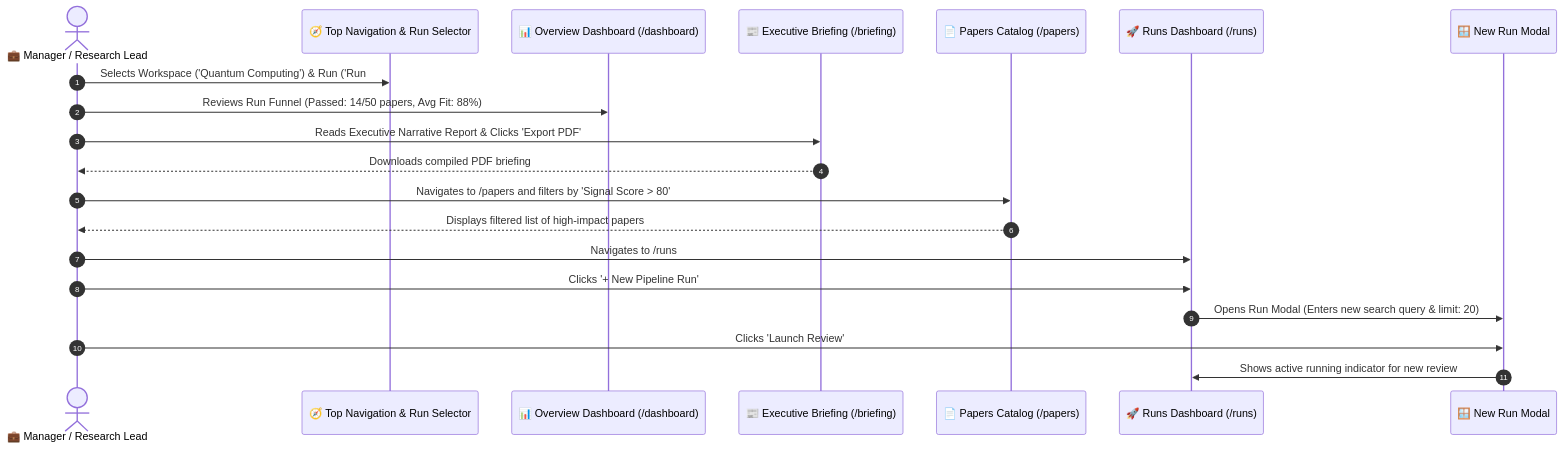
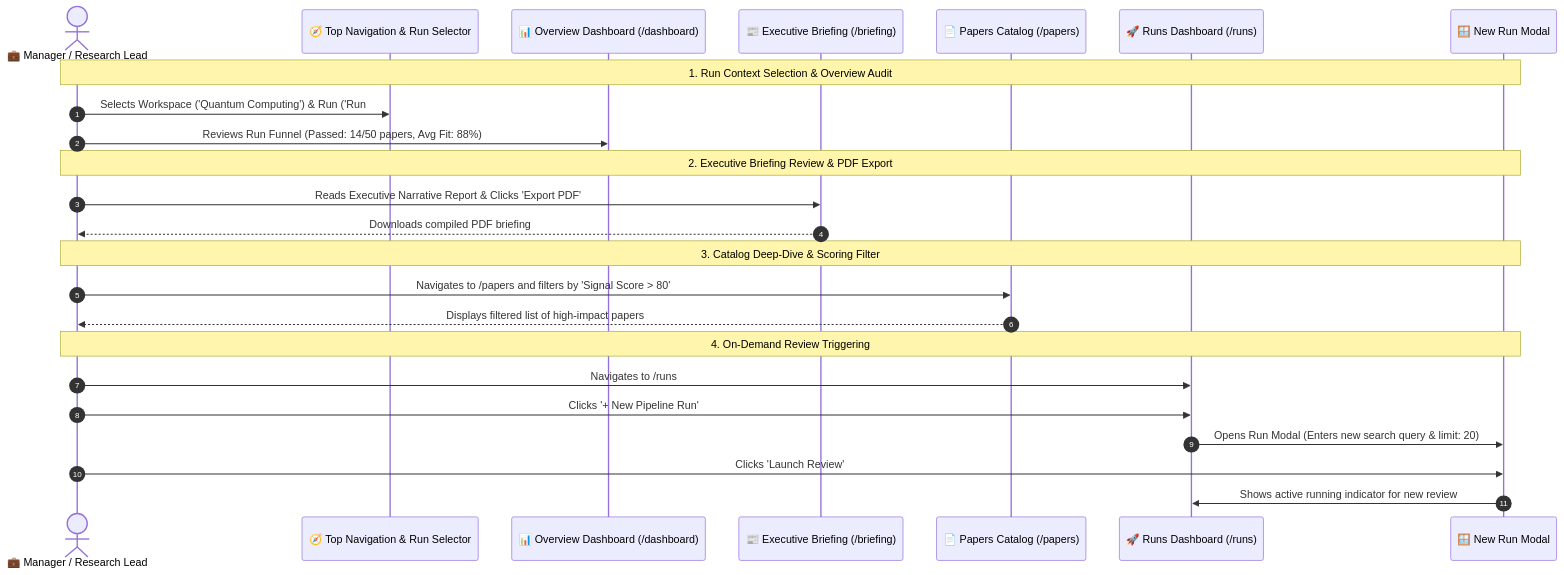
One commit to p4ku/research-intelligence changed the second of 5 diagrams in docs/user_journeys/stage_2_user_journeys.md. Above: the diagram before and after it, drawn with Mermaid. The commit also changed other lines of this file, not shown here.

Commit message:
docs: add phase note banners across all Mermaid sequence diagrams for clear visual stage grouping

````diff
--- a/docs/user_journeys/stage_2_user_journeys.md
+++ b/docs/user_journeys/stage_2_user_journeys.md
@@ -128,23 +135,30 @@
 ```mermaid
 sequenceDiagram
     autonumber
     actor Mgr as 💼 Manager / Research Lead
     participant TopBar as 🧭 Top Navigation & Run Selector
     participant Overview as 📊 Overview Dashboard (/dashboard)
     participant Briefing as 📰 Executive Briefing (/briefing)
     participant PapersUI as 📄 Papers Catalog (/papers)
     participant RunsPage as 🚀 Runs Dashboard (/runs)
     participant Modal as 🪟 New Run Modal
 
+    Note over Mgr,Modal: 1. Run Context Selection & Overview Audit
     Mgr->>TopBar: Selects Workspace ('Quantum Computing') & Run ('Run #12')
     Mgr->>Overview: Reviews Run Funnel (Passed: 14/50 papers, Avg Fit: 88%)
+
+    Note over Mgr,Modal: 2. Executive Briefing Review & PDF Export
     Mgr->>Briefing: Reads Executive Narrative Report & Clicks 'Export PDF'
     Briefing-->>Mgr: Downloads compiled PDF briefing
+
+    Note over Mgr,Modal: 3. Catalog Deep-Dive & Scoring Filter
     Mgr->>PapersUI: Navigates to /papers and filters by 'Signal Score > 80'
     PapersUI-->>Mgr: Displays filtered list of high-impact papers
+
+    Note over Mgr,Modal: 4. On-Demand Review Triggering
     Mgr->>RunsPage: Navigates to /runs
     Mgr->>RunsPage: Clicks '+ New Pipeline Run'
     RunsPage->>Modal: Opens Run Modal (Enters new search query & limit: 20)
     Mgr->>Modal: Clicks 'Launch Review'
     Modal->>RunsPage: Shows active running indicator for new review
 ```
````
